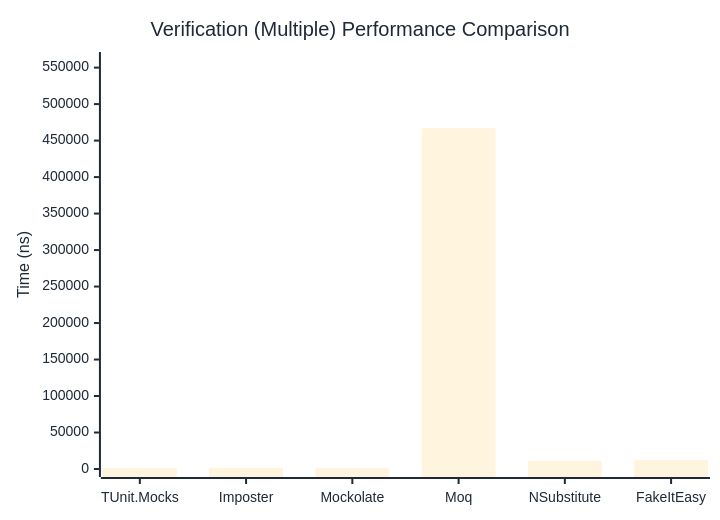
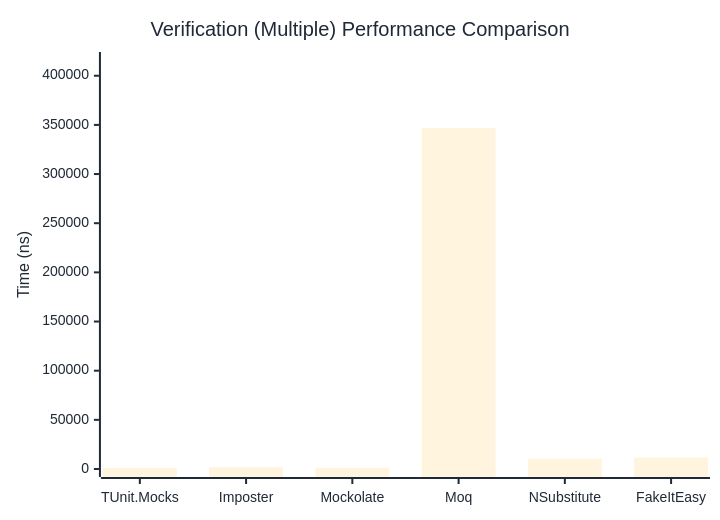
One commit to weiyilai/TUnit changed the third of 3 diagrams in docs/docs/benchmarks/mocks/Verification.md. Above: the diagram before and after it, drawn with Mermaid. The commit also changed other lines of this file and 14 other files, not shown here.

````diff
--- a/docs/docs/benchmarks/mocks/Verification.md
+++ b/docs/docs/benchmarks/mocks/Verification.md
@@ -110,27 +110,27 @@
 ```mermaid
 %%{init: {
   'theme':'base',
   'themeVariables': {
     'primaryColor': '#2563eb',
     'primaryTextColor': '#1f2937',
     'primaryBorderColor': '#1e40af',
     'lineColor': '#6b7280',
     'secondaryColor': '#7c3aed',
     'tertiaryColor': '#dc2626',
     'background': '#ffffff',
     'pie1': '#2563eb',
     'pie2': '#7c3aed',
     'pie3': '#dc2626',
     'pie4': '#f59e0b',
     'pie5': '#10b981',
     'pie6': '#06b6d4',
     'pie7': '#ec4899',
     'pie8': '#6366f1'
   }
 }}%%
 xychart-beta
   title "Verification (Multiple) Performance Comparison"
   x-axis ["TUnit.Mocks", "Imposter", "Mockolate", "Moq", "NSubstitute", "FakeItEasy"]
-  y-axis "Time (ns)" 0 --> 560432
-  bar [1138.72, 1707.14, 1112.94, 467026.33, 11083.74, 12646.79]
+  y-axis "Time (ns)" 0 --> 416015
+  bar [1166.26, 1863.59, 1182.54, 346679.12, 10394.53, 11620.16]
 ```
````
